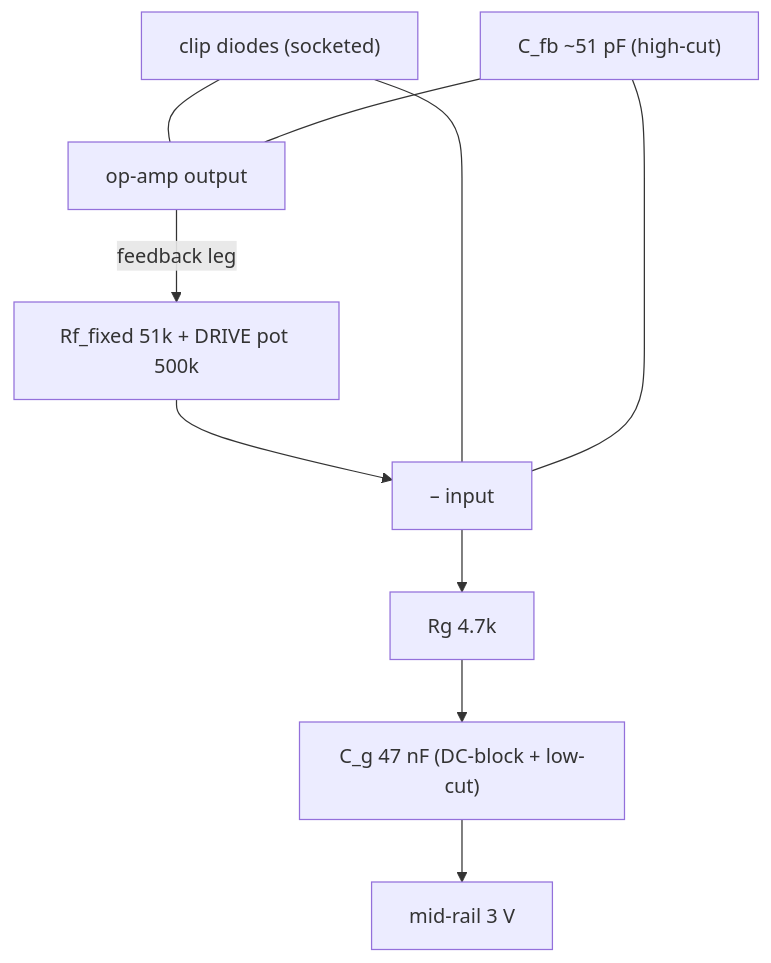
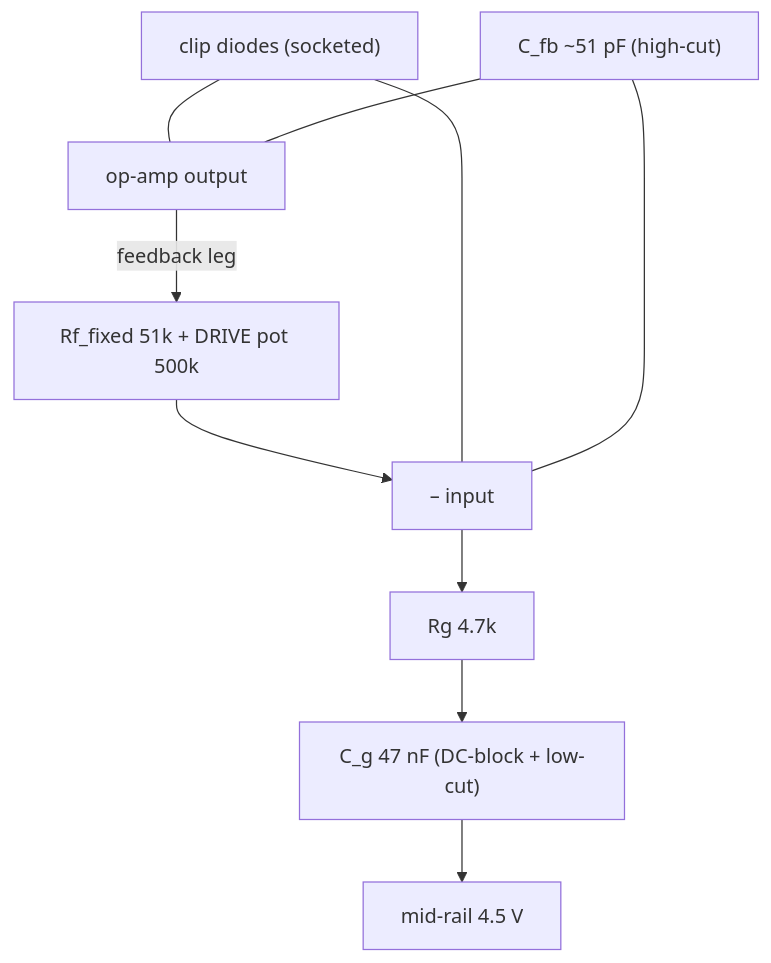
One commit to DSeabra/headphone_amp changed the second of 2 diagrams in notes/Guitar Headphone Amp/Guitar-Headphone-Amp-Theory-of-Operation.md. Above: the diagram before and after it, drawn with Mermaid. The commit also changed other lines of this file and 9 other files, not shown here.

````diff
--- a/notes/Guitar Headphone Amp/Guitar-Headphone-Amp-Theory-of-Operation.md
+++ b/notes/Guitar Headphone Amp/Guitar-Headphone-Amp-Theory-of-Operation.md
@@ -72,12 +72,12 @@
 ```mermaid
 flowchart TB
     OUT["op-amp output"] -->|feedback leg| N1["Rf_fixed 51k + DRIVE pot 500k"]
     N1 --> MINUS["– input"]
     DIODES["clip diodes (socketed)"] --- OUT
     DIODES --- MINUS
     CFB["C_fb ~51 pF (high-cut)"] --- OUT
     CFB --- MINUS
     MINUS --> RG["Rg 4.7k"]
     RG --> CG["C_g 47 nF (DC-block + low-cut)"]
-    CG --> MID["mid-rail 3 V"]
+    CG --> MID["mid-rail 4.5 V"]
 ```
````
